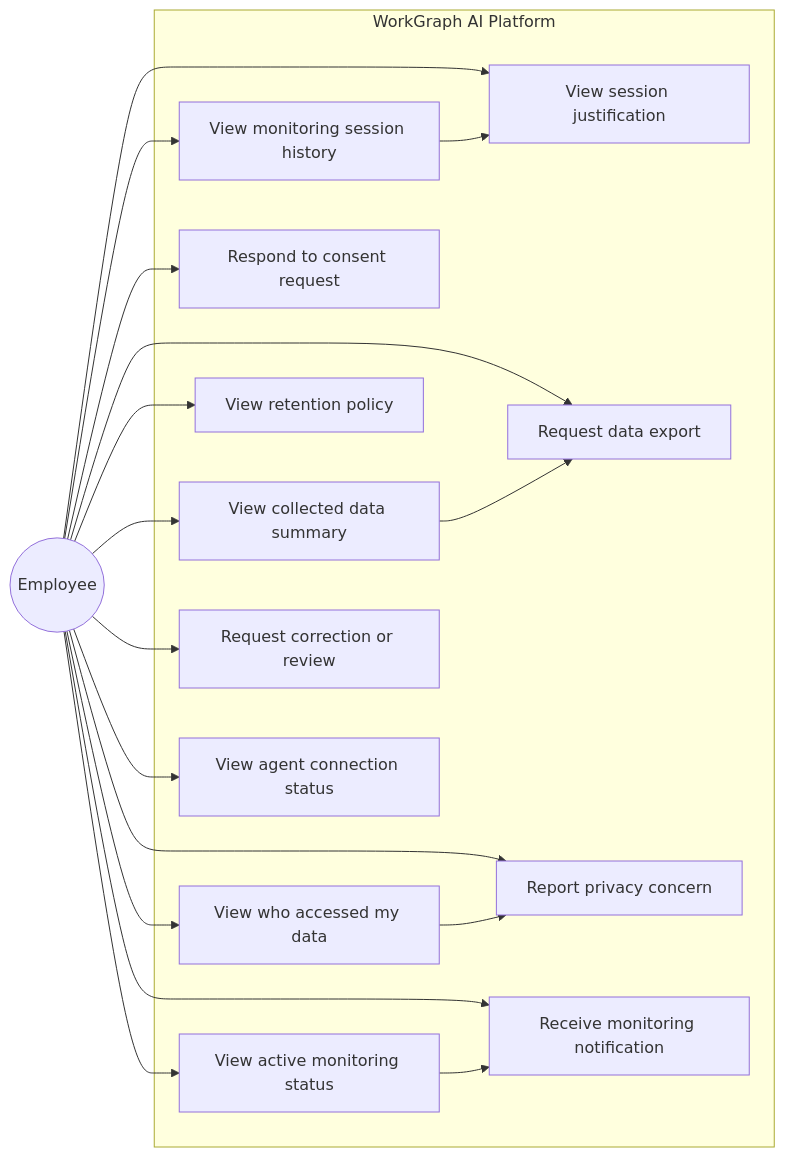
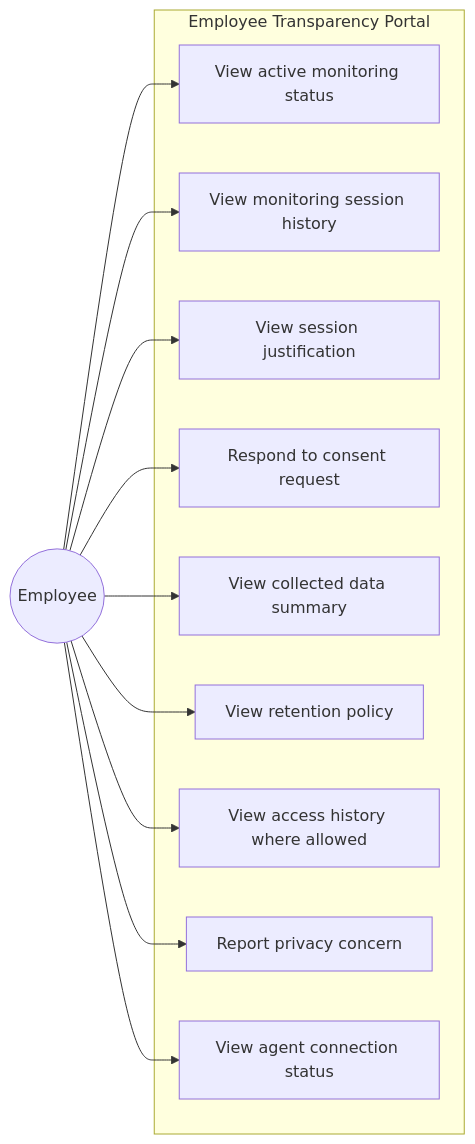
The fourth of 7 diagrams in docs/architecture/use-case-diagrams.md (raminamoly/WorkGraph-AI), drawn with Mermaid before and after one commit. The commit also changed other lines of this file, not shown here.

Commit message:
Simplify use case diagrams to MVP user hierarchy

````diff
--- a/docs/architecture/use-case-diagrams.md
+++ b/docs/architecture/use-case-diagrams.md
@@ -425,37 +186,26 @@
 ```mermaid
 flowchart LR
     Employee((Employee))
 
-    subgraph WorkGraphAI[WorkGraph AI Platform]
+    subgraph EmployeePortal[Employee Transparency Portal]
         UC1[View active monitoring status]
         UC2[View monitoring session history]
         UC3[View session justification]
         UC4[Respond to consent request]
         UC5[View collected data summary]
         UC6[View retention policy]
-        UC7[View who accessed my data]
-        UC8[Request data export]
-        UC9[Request correction or review]
-        UC10[Report privacy concern]
-        UC11[View agent connection status]
-        UC12[Receive monitoring notification]
+        UC7[View access history where allowed]
+        UC8[Report privacy concern]
+        UC9[View agent connection status]
     end
 
     Employee --> UC1
     Employee --> UC2
     Employee --> UC3
     Employee --> UC4
     Employee --> UC5
     Employee --> UC6
     Employee --> UC7
     Employee --> UC8
     Employee --> UC9
-    Employee --> UC10
-    Employee --> UC11
-    Employee --> UC12
-
-    UC2 --> UC3
-    UC5 --> UC8
-    UC7 --> UC10
-    UC1 --> UC12
 ```
````
